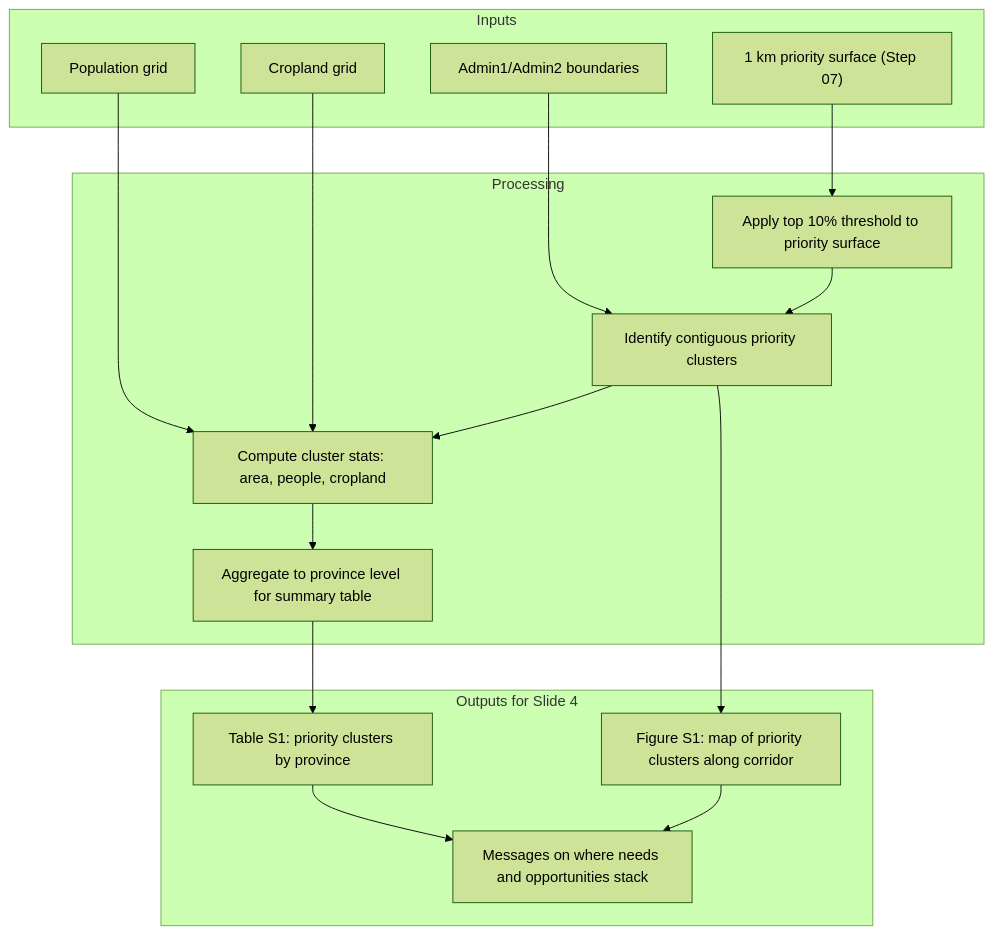
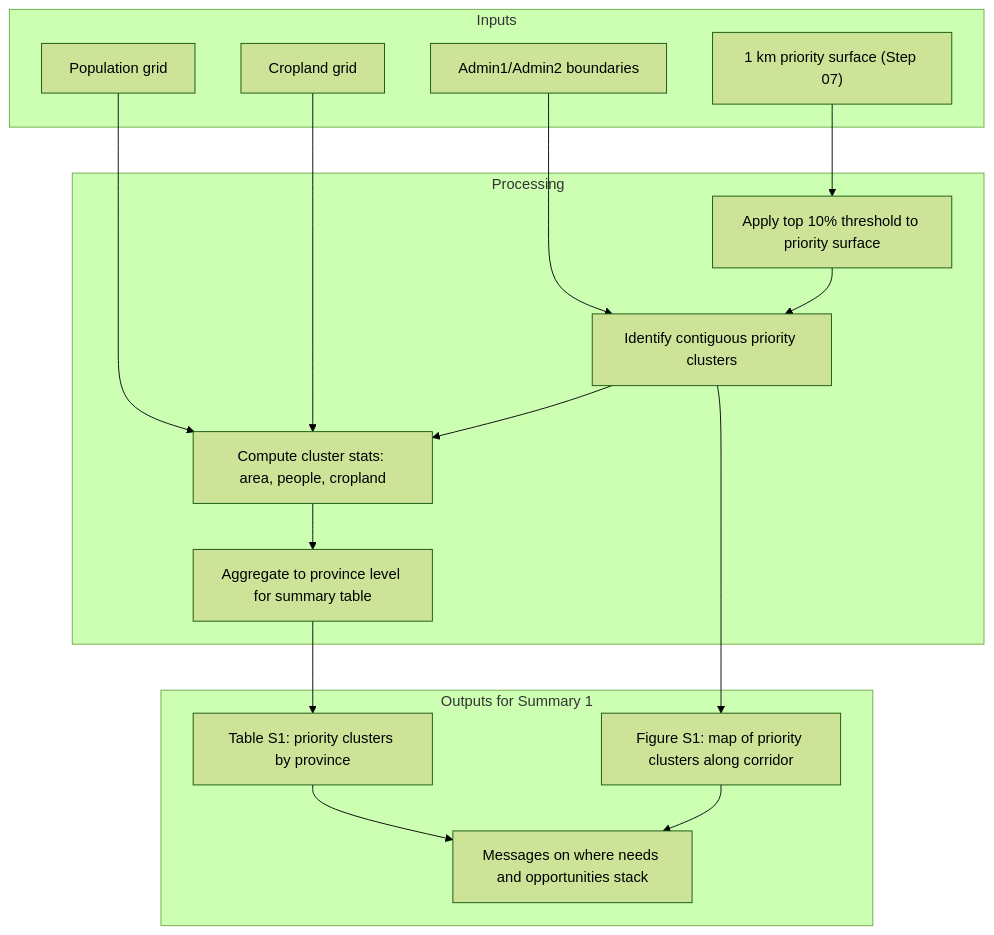
One commit to bennyistanto/ago-lobitocorridor-analysis changed the second of 6 diagrams in docs/chapters/summary.md. Above: the diagram before and after it, drawn with Mermaid (forest theme). The commit also changed other lines of this file and 1 other file, not shown here.

Commit message:
Update summary

````diff
--- a/docs/chapters/summary.md
+++ b/docs/chapters/summary.md
@@ -66,30 +66,30 @@
 ```{mermaid}
 flowchart TB
  subgraph S4_inputs["Inputs"]
         s4i1["1 km priority surface (Step 07)"]
         s4i2["Population grid"]
         s4i3["Cropland grid"]
         s4i4["Admin1/Admin2 boundaries"]
   end
  subgraph S4_process["Processing"]
         s4p1["Apply top 10% threshold to priority surface"]
         s4p2["Identify contiguous priority clusters"]
         s4p3["Compute cluster stats: area, people, cropland"]
         s4p4["Aggregate to province level for summary table"]
   end
- subgraph S4_outputs["Outputs for Slide 4"]
+ subgraph S4_outputs["Outputs for Summary 1"]
         s4o1["Table S1: priority clusters by province"]
         s4o2["Figure S1: map of priority clusters along corridor"]
         s4o3["Messages on where needs and opportunities stack"]
   end
     s4i1 --> s4p1
     s4i2 --> s4p3
     s4i3 --> s4p3
     s4i4 --> s4p2
     s4p1 --> s4p2
     s4p2 --> s4p3 & s4o2
     s4p3 --> s4p4
     s4p4 --> s4o1
     s4o1 --> s4o3
     s4o2 --> s4o3
 ```
````
